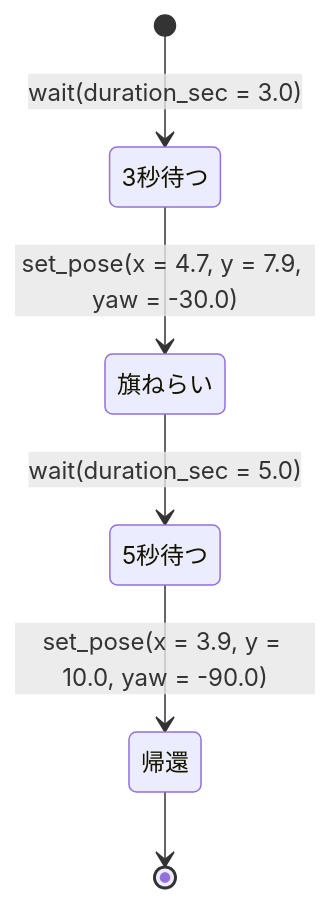
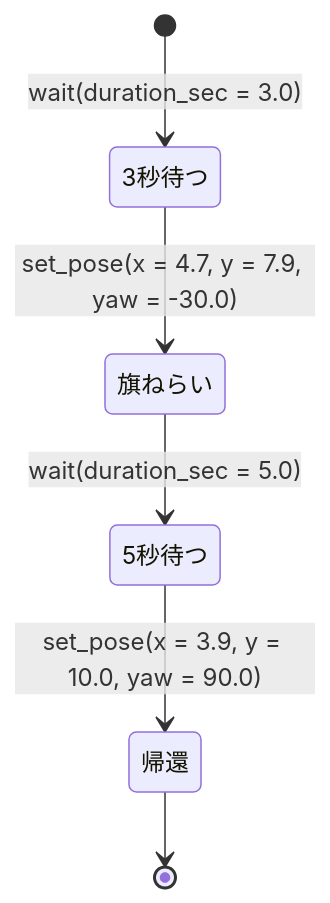
One commit to TNCT-Mechatech/2026A-ros changed the diagram in examples/natto_nhk2025_sample/state_graph/sample_red.md. Above: the diagram before and after it, drawn with Mermaid. The commit also changed 8 other files, not shown here.

````diff
--- a/examples/natto_nhk2025_sample/state_graph/sample_red.md
+++ b/examples/natto_nhk2025_sample/state_graph/sample_red.md
@@ -1,10 +1,10 @@
 ```mermaid
 stateDiagram-v2
 
 [*] --> 3秒待つ : wait(duration_sec = 3.0)
 3秒待つ --> 旗ねらい : set_pose(x = 4.7, y = 7.9, yaw = -30.0)
 旗ねらい --> 5秒待つ : wait(duration_sec = 5.0)
-5秒待つ --> 帰還 : set_pose(x = 3.9, y = 10.0, yaw = -90.0)
+5秒待つ --> 帰還 : set_pose(x = 3.9, y = 10.0, yaw = 90.0)
 帰還 -->  [*]
 
 ```
````
